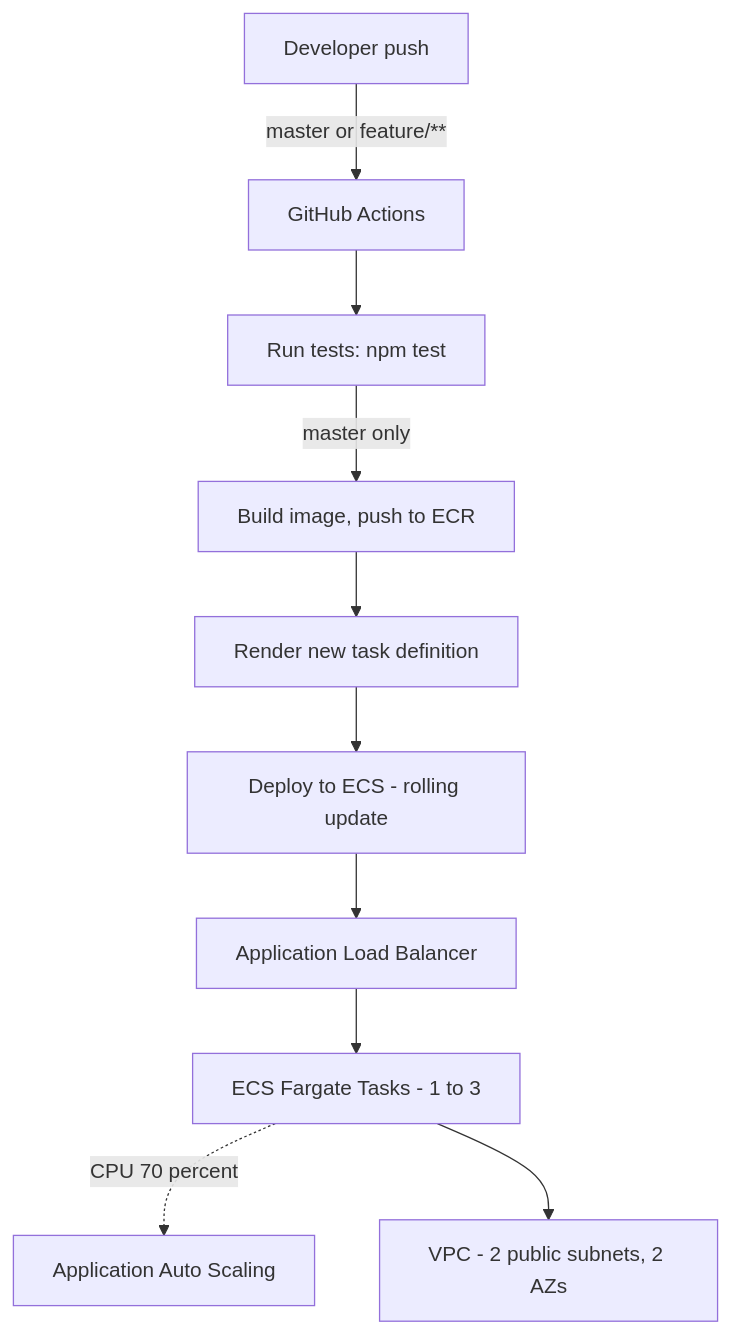
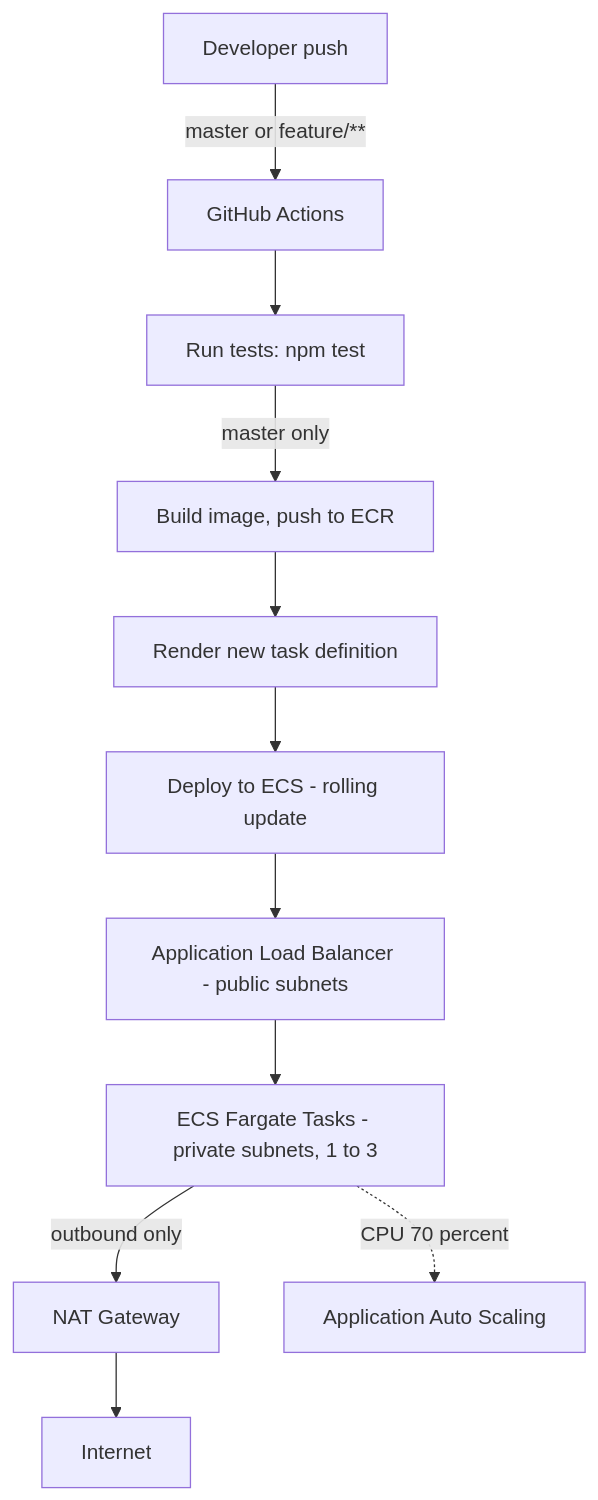
One commit to 23521549-lang/goldenowl-devops-internship-challenge changed the diagram in README.md. Above: the diagram before and after it, drawn with Mermaid. The commit also changed other lines of this file and 1 other file, not shown here.

````diff
--- a/README.md
+++ b/README.md
@@ -18,12 +18,13 @@
 ```mermaid
 flowchart TD
     A[Developer push] -->|master or feature/**| B[GitHub Actions]
     B --> C[Run tests: npm test]
     C -->|master only| D[Build image, push to ECR]
     D --> E[Render new task definition]
     E --> F[Deploy to ECS - rolling update]
-    F --> G[Application Load Balancer]
-    G --> H[ECS Fargate Tasks - 1 to 3]
+    F --> G[Application Load Balancer - public subnets]
+    G --> H[ECS Fargate Tasks - private subnets, 1 to 3]
+    H -->|outbound only| N[NAT Gateway]
+    N --> INET[Internet]
     H -.CPU 70 percent.-> I[Application Auto Scaling]
-    H --> J[VPC - 2 public subnets, 2 AZs]
 ```
````
